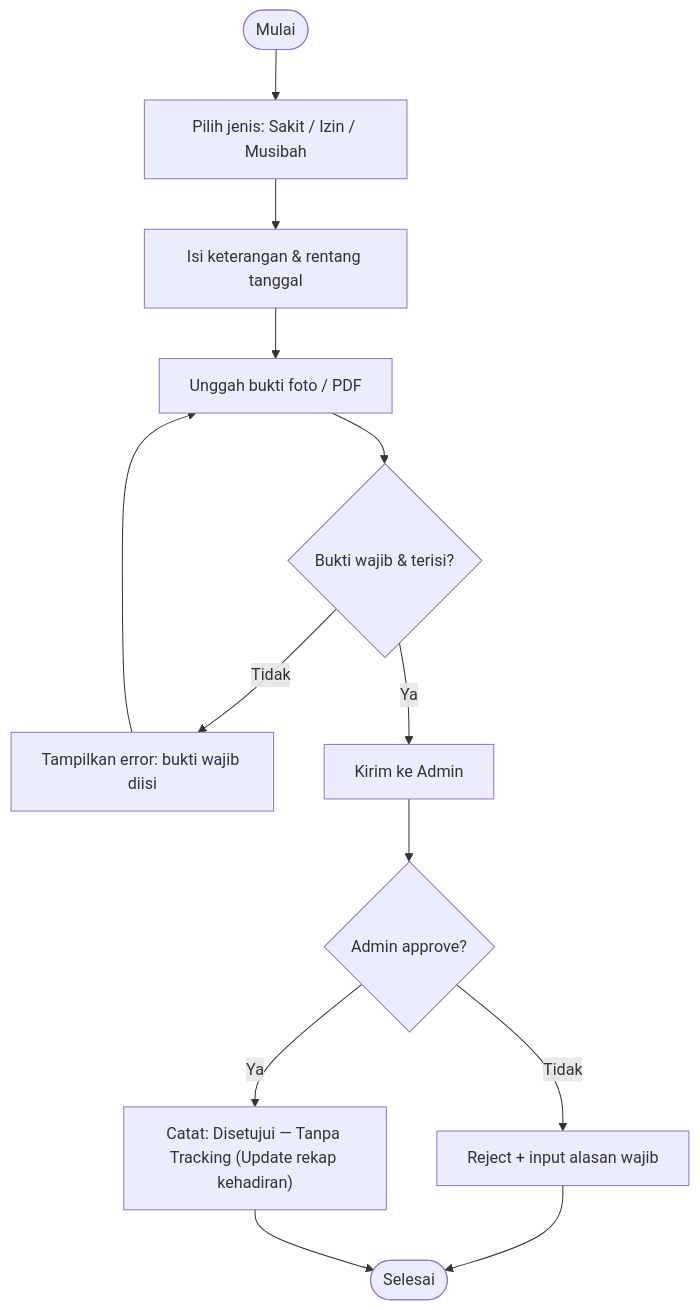
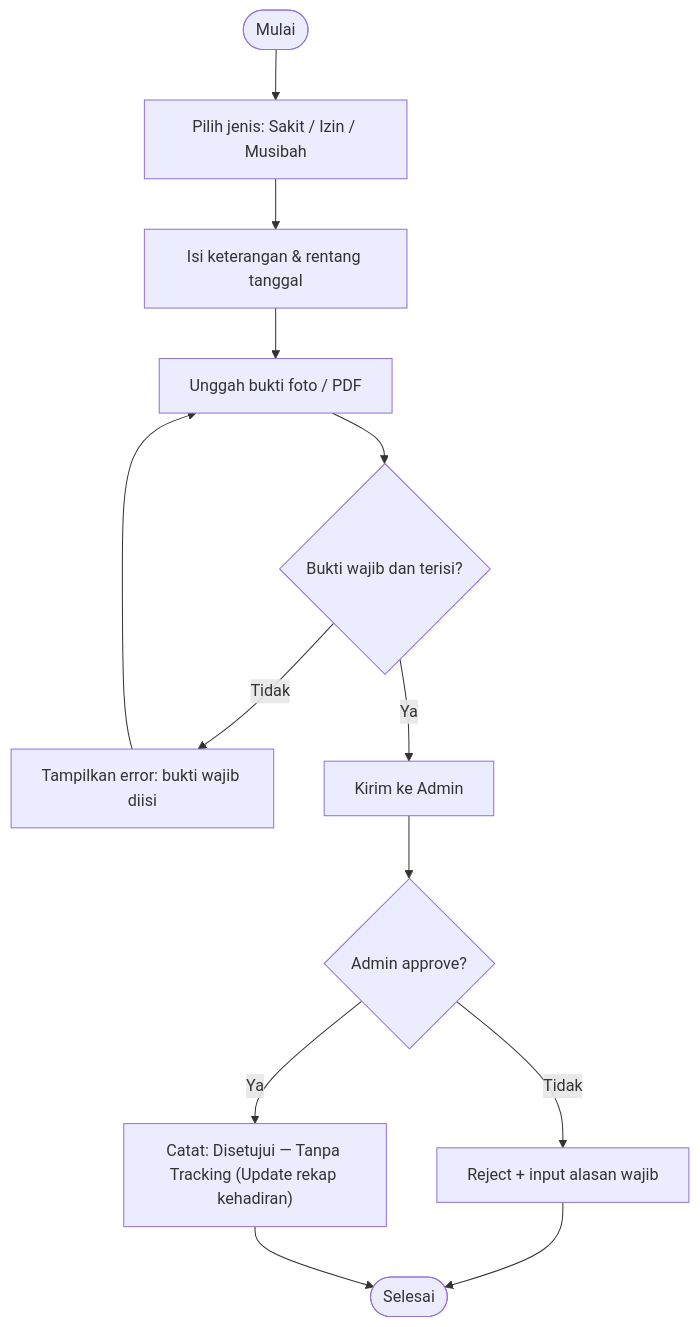
Before and after one commit to IntellQueue/Mockup-UI-UX-NAYAKA: the eighth of 10 diagrams in README.md, drawn with Mermaid. The commit also changed other lines of this file, not shown here.

Commit message:
update readme dengan flowchart update

````diff
--- a/README.md
+++ b/README.md
@@ -270,15 +270,15 @@
 ```mermaid
 graph TD
     Start([Mulai]) --> Choose["Pilih jenis: Sakit / Izin / Musibah"]
     Choose --> Fill["Isi keterangan & rentang tanggal"]
     Fill --> Upload["Unggah bukti foto / PDF"]
-    Upload --> Proof{"Bukti wajib & terisi?"}
+    Upload --> Proof{"Bukti wajib dan terisi?"}
     Proof -- Tidak --> ErrProof["Tampilkan error: bukti wajib diisi"]
     ErrProof --> Upload
     Proof -- Ya --> Send["Kirim ke Admin"]
     Send --> Approve{"Admin approve?"}
     Approve -- Tidak --> Reject["Reject + input alasan wajib"]
     Reject --> End([Selesai])
     Approve -- Ya --> Save["Catat: Disetujui — Tanpa Tracking (Update rekap kehadiran)"]
     Save --> End
 ```
````
